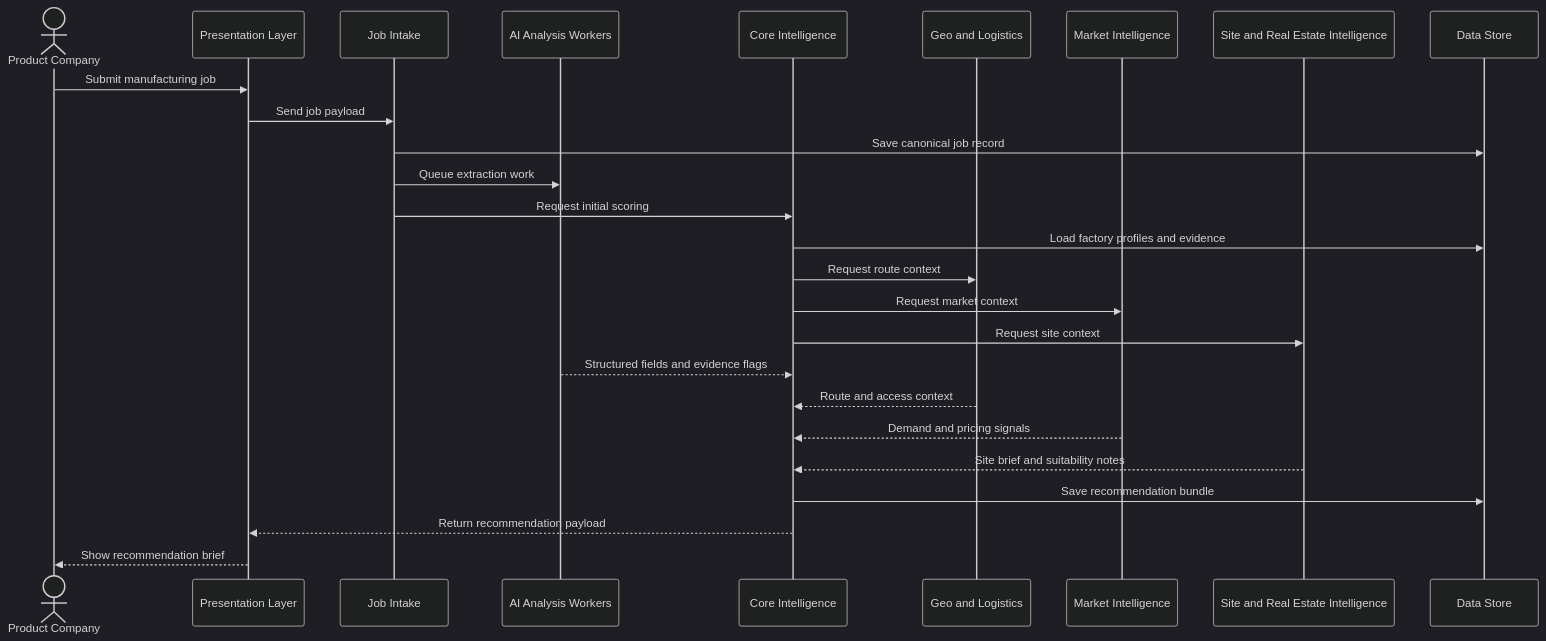
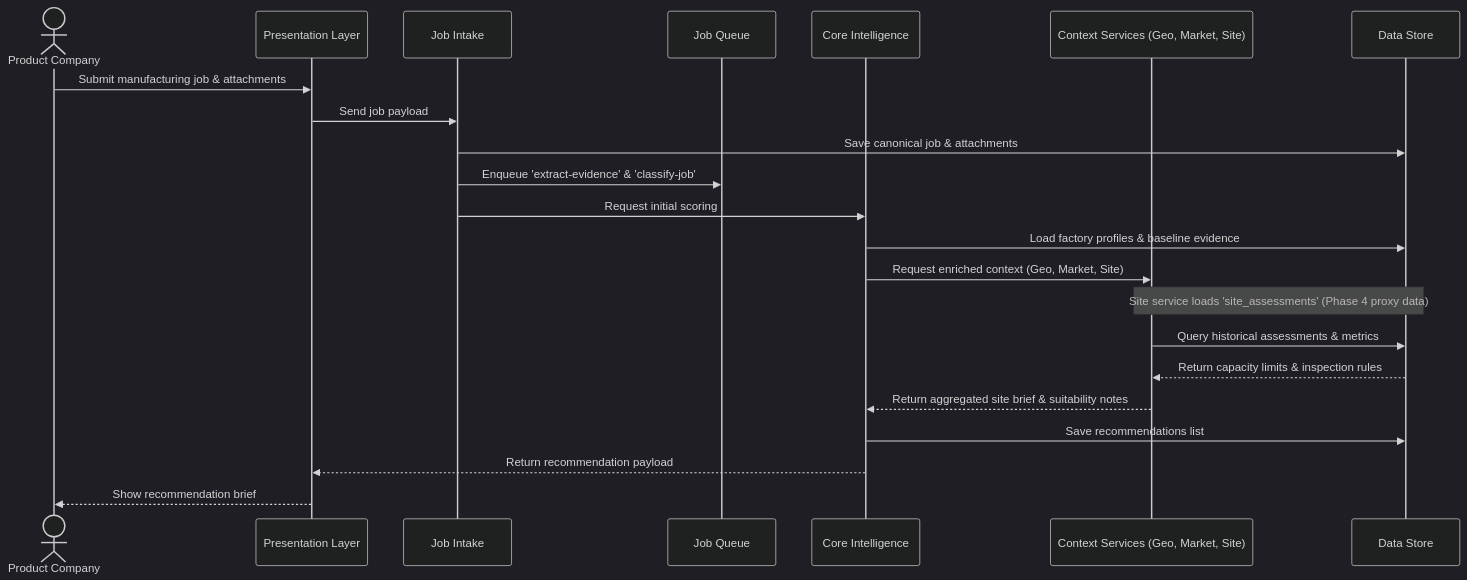
One commit to npc-chris/dfn-discovery changed the first of 3 diagrams in docs/DFN_SEQUENCE_DIAGRAMS.md. Above: the diagram before and after it, drawn with Mermaid (dark theme). The commit also changed other lines of this file and 9 other files, not shown here.

Commit message:
feat(docs): Enhance DFN documentation with revised architecture design to specify API integrations for logistics and market intelligence.

````diff
--- a/docs/DFN_SEQUENCE_DIAGRAMS.md
+++ b/docs/DFN_SEQUENCE_DIAGRAMS.md
@@ -5,29 +7,25 @@
 ```mermaid
 sequenceDiagram
     actor Company as Product Company
     participant UI as Presentation Layer
     participant Intake as Job Intake
-    participant AIW as AI Analysis Workers
+    participant Queue as Job Queue
     participant Core as Core Intelligence
-    participant Geo as Geo and Logistics
-    participant Market as Market Intelligence
-    participant Site as Site and Real Estate Intelligence
+    participant Context as Context Services (Geo, Market, Site)
     participant DB as Data Store
 
-    Company->>UI: Submit manufacturing job
+    Company->>UI: Submit manufacturing job & attachments
     UI->>Intake: Send job payload
-    Intake->>DB: Save canonical job record
-    Intake->>AIW: Queue extraction work
+    Intake->>DB: Save canonical job & attachments
+    Intake->>Queue: Enqueue 'extract-evidence' & 'classify-job'
     Intake->>Core: Request initial scoring
-    Core->>DB: Load factory profiles and evidence
-    Core->>Geo: Request route context
-    Core->>Market: Request market context
-    Core->>Site: Request site context
-    AIW-->>Core: Structured fields and evidence flags
-    Geo-->>Core: Route and access context
-    Market-->>Core: Demand and pricing signals
-    Site-->>Core: Site brief and suitability notes
-    Core->>DB: Save recommendation bundle
+    Core->>DB: Load factory profiles & baseline evidence
+    Core->>Context: Request enriched context (Geo, Market, Site)
+    Note over Context, DB: Site service loads 'site_assessments' (Phase 4 proxy data)
+    Context->>DB: Query historical assessments & metrics
+    DB-->>Context: Return capacity limits & inspection rules
+    Context-->>Core: Return aggregated site brief & suitability notes
+    Core->>DB: Save recommendations list
     Core-->>UI: Return recommendation payload
     UI-->>Company: Show recommendation brief
 ```
````
